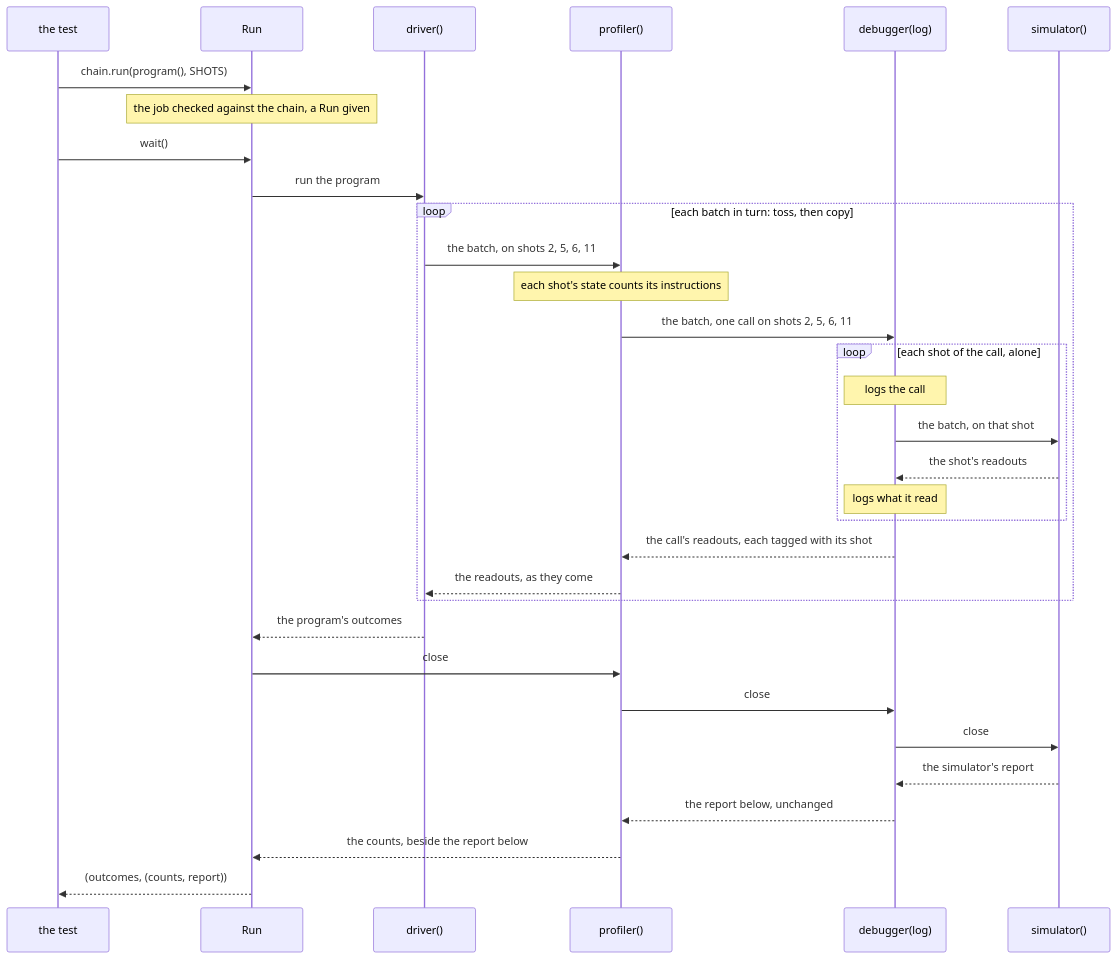
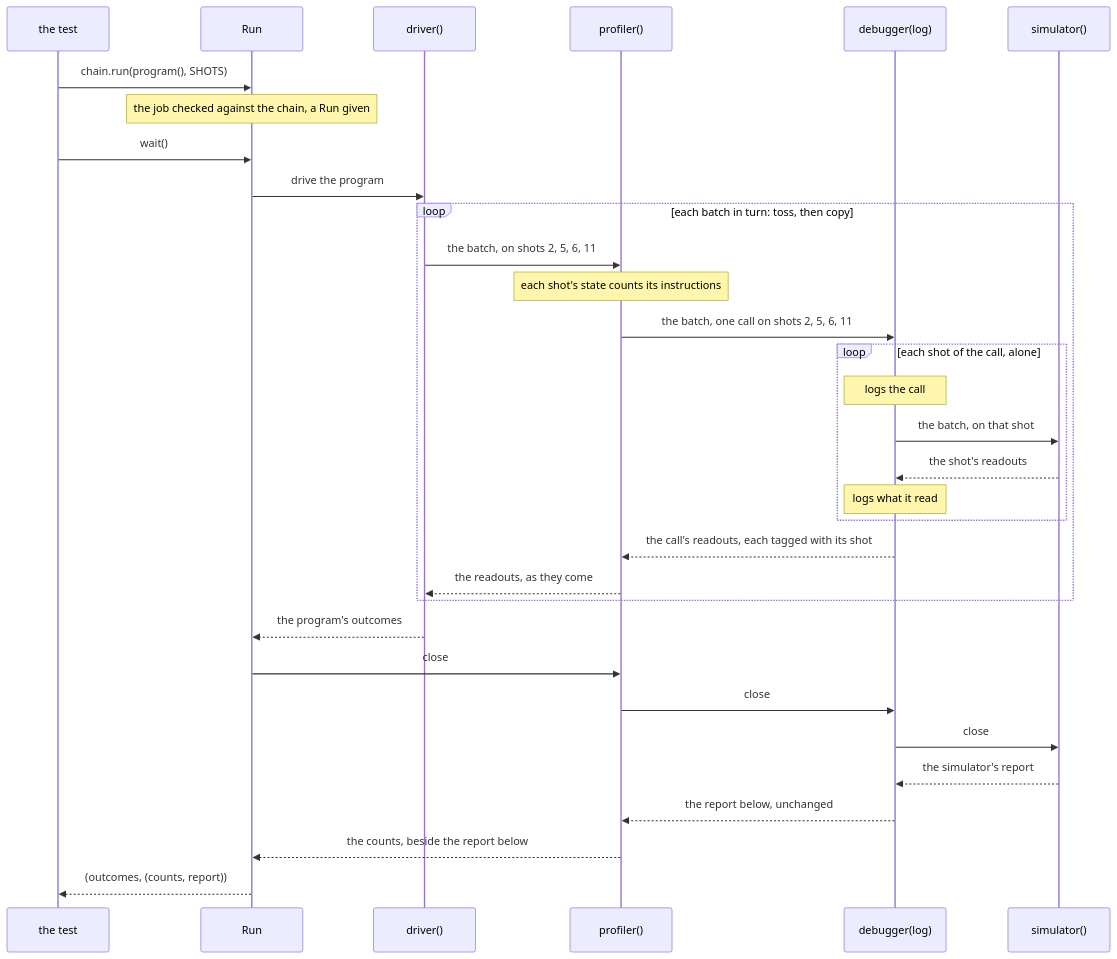
One commit to microsoft/qdk changed the second of 2 diagrams in source/executor_protocol/README.md. Above: the diagram before and after it, drawn with Mermaid. The commit also changed other lines of this file and 38 other files, not shown here.

````diff
--- a/source/executor_protocol/README.md
+++ b/source/executor_protocol/README.md
@@ -219,34 +219,34 @@
 ```mermaid
 sequenceDiagram
   participant T as the test
   participant R as Run
   participant I as driver()
   participant P as profiler()
   participant D as debugger(log)
   participant S as simulator()
   T->>R: chain.run(program(), SHOTS)
   Note over R: the job checked against the chain, a Run given
   T->>R: wait()
-  R->>I: run the program
+  R->>I: drive the program
   loop each batch in turn: toss, then copy
     I->>P: the batch, on shots 2, 5, 6, 11
     Note over P: each shot's state counts its instructions
     P->>D: the batch, one call on shots 2, 5, 6, 11
     loop each shot of the call, alone
       Note over D: logs the call
       D->>S: the batch, on that shot
       S-->>D: the shot's readouts
       Note over D: logs what it read
     end
     D-->>P: the call's readouts, each tagged with its shot
     P-->>I: the readouts, as they come
   end
   I-->>R: the program's outcomes
   R->>P: close
   P->>D: close
   D->>S: close
   S-->>D: the simulator's report
   D-->>P: the report below, unchanged
   P-->>R: the counts, beside the report below
   R-->>T: (outcomes, (counts, report))
 ```
````
